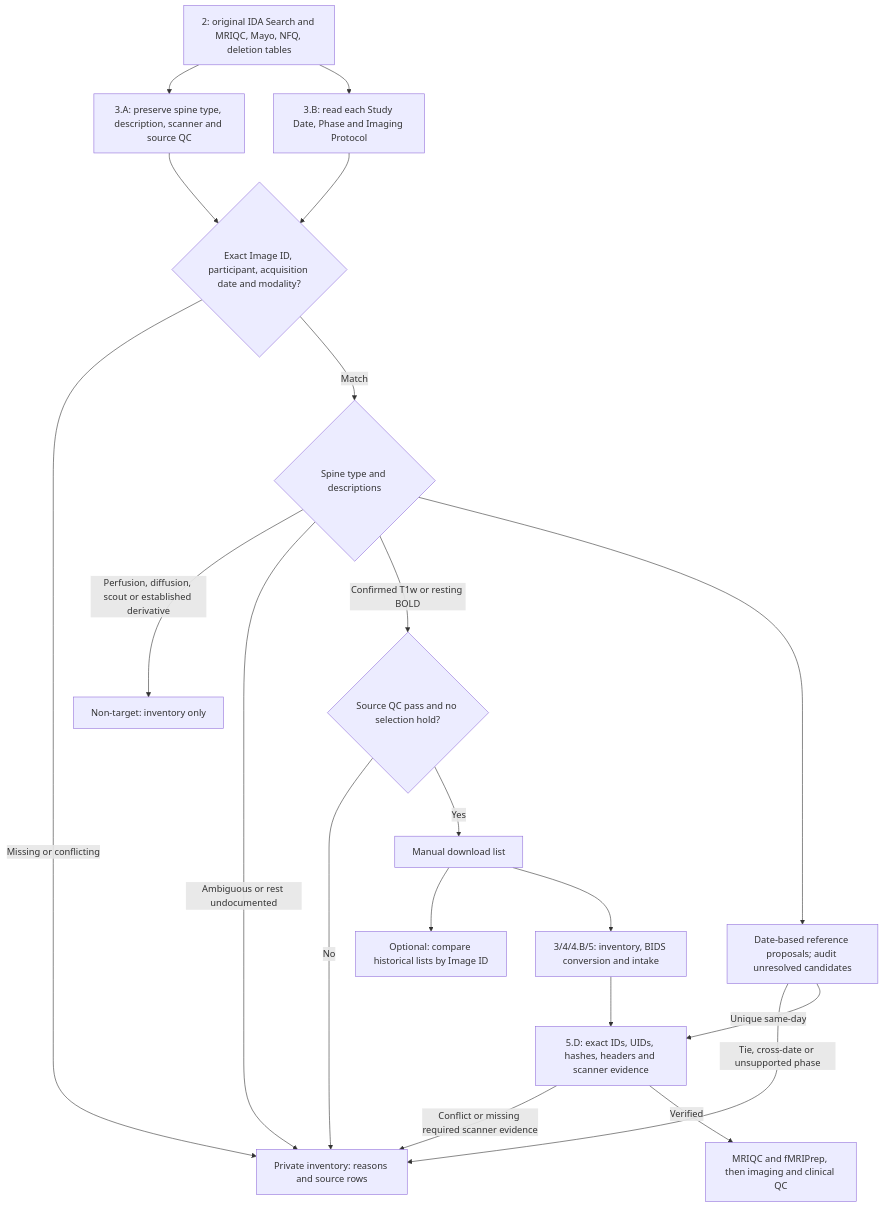
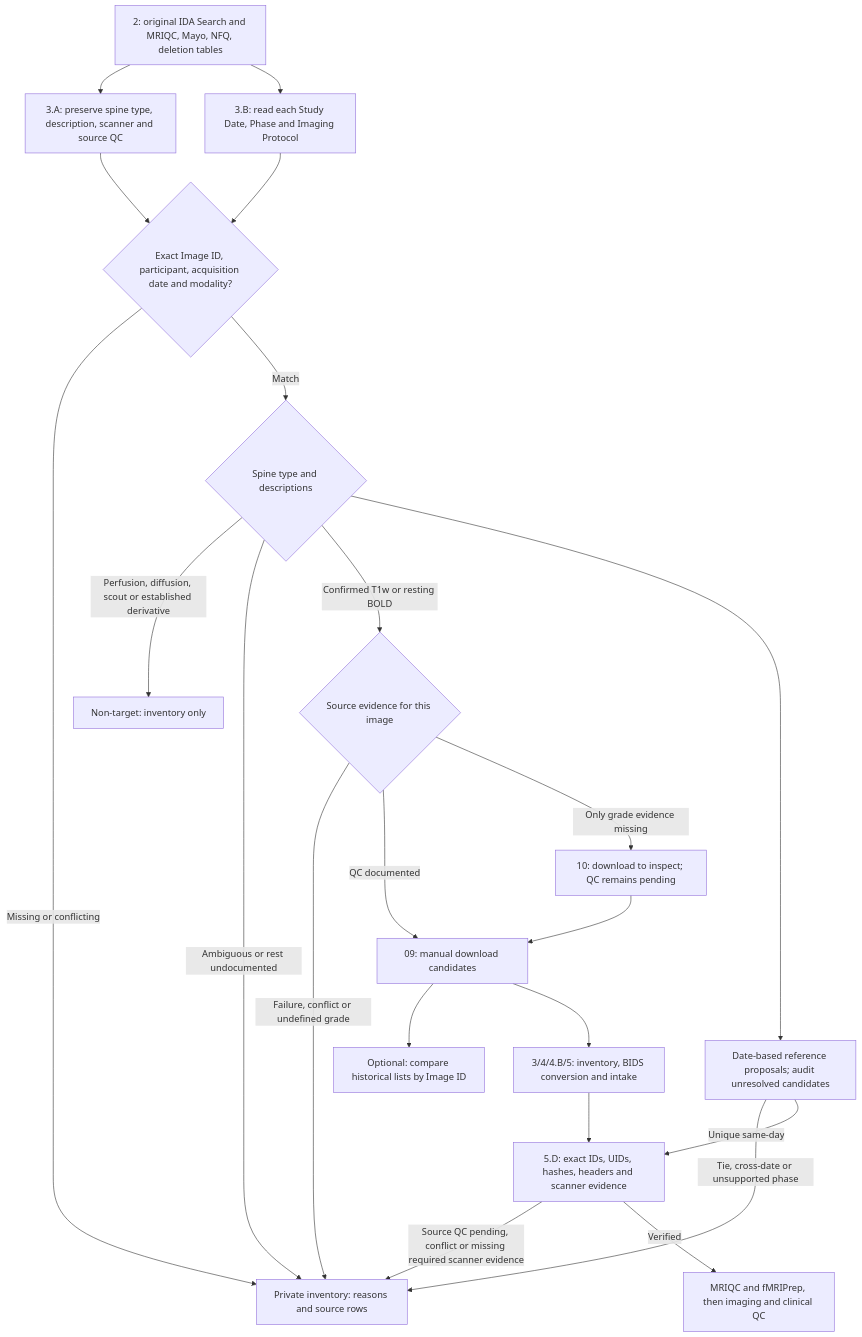
One commit to IDOJI/adni-data-pipeline changed the diagram in RS-fMRI/06_docs/date_based_selection.md. Above: the diagram before and after it, drawn with Mermaid. The commit also changed other lines of this file and 13 other files, not shown here.

Commit message:
Keep confirmed acquisitions downloadable for QC review without promoting missing grades

````diff
--- a/RS-fMRI/06_docs/date_based_selection.md
+++ b/RS-fMRI/06_docs/date_based_selection.md
@@ -9,22 +9,24 @@
 ```mermaid
 flowchart TD
     A["2: original IDA Search and MRIQC, Mayo, NFQ, deletion tables"] --> B["3.A: preserve spine type, description, scanner and source QC"]
     A --> C["3.B: read each Study Date, Phase and Imaging Protocol"]
     B --> D{"Exact Image ID, participant, acquisition date and modality?"}
     C --> D
     D -->|Missing or conflicting| HOLD["Private inventory: reasons and source rows"]
     D -->|Match| T{"Spine type and descriptions"}
     T -->|Perfusion, diffusion, scout or established derivative| OUT["Non-target: inventory only"]
     T -->|Ambiguous or rest undocumented| HOLD
-    T -->|"Confirmed T1w or resting BOLD"| Q{"Source QC pass and no selection hold?"}
-    Q -->|No| HOLD
-    Q -->|Yes| DL["Manual download list"]
+    T -->|"Confirmed T1w or resting BOLD"| Q{"Source evidence for this image"}
+    Q -->|Failure, conflict or undefined grade| HOLD
+    Q -->|QC documented| DL["09: manual download candidates"]
+    Q -->|Only grade evidence missing| PENDING["10: download to inspect; QC remains pending"]
+    PENDING --> DL
     DL --> CMP["Optional: compare historical lists by Image ID"]
     DL --> I["3/4/4.B/5: inventory, BIDS conversion and intake"]
     T --> P["Date-based reference proposals; audit unresolved candidates"]
     P -->|Tie, cross-date or unsupported phase| HOLD
     P -->|Unique same-day| K["5.D: exact IDs, UIDs, hashes, headers and scanner evidence"]
     I --> K
-    K -->|Conflict or missing required scanner evidence| HOLD
+    K -->|Source QC pending, conflict or missing required scanner evidence| HOLD
     K -->|Verified| L["MRIQC and fMRIPrep, then imaging and clinical QC"]
 ```
````
